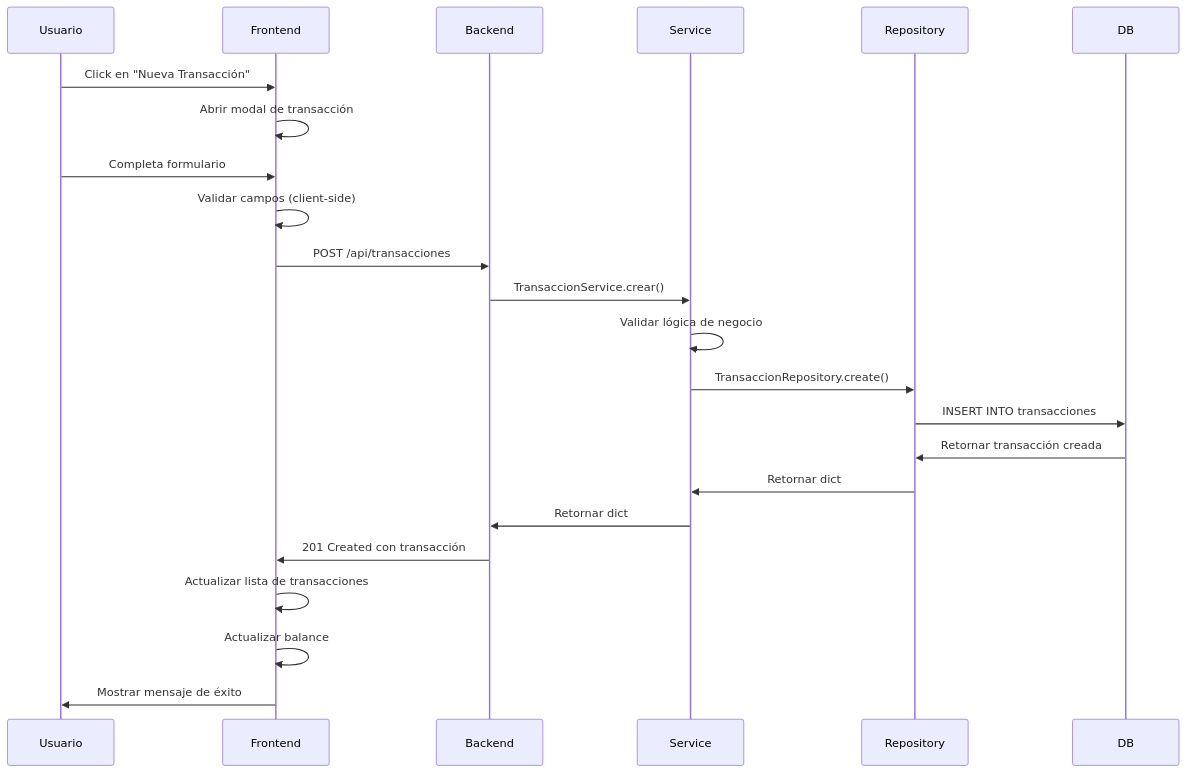
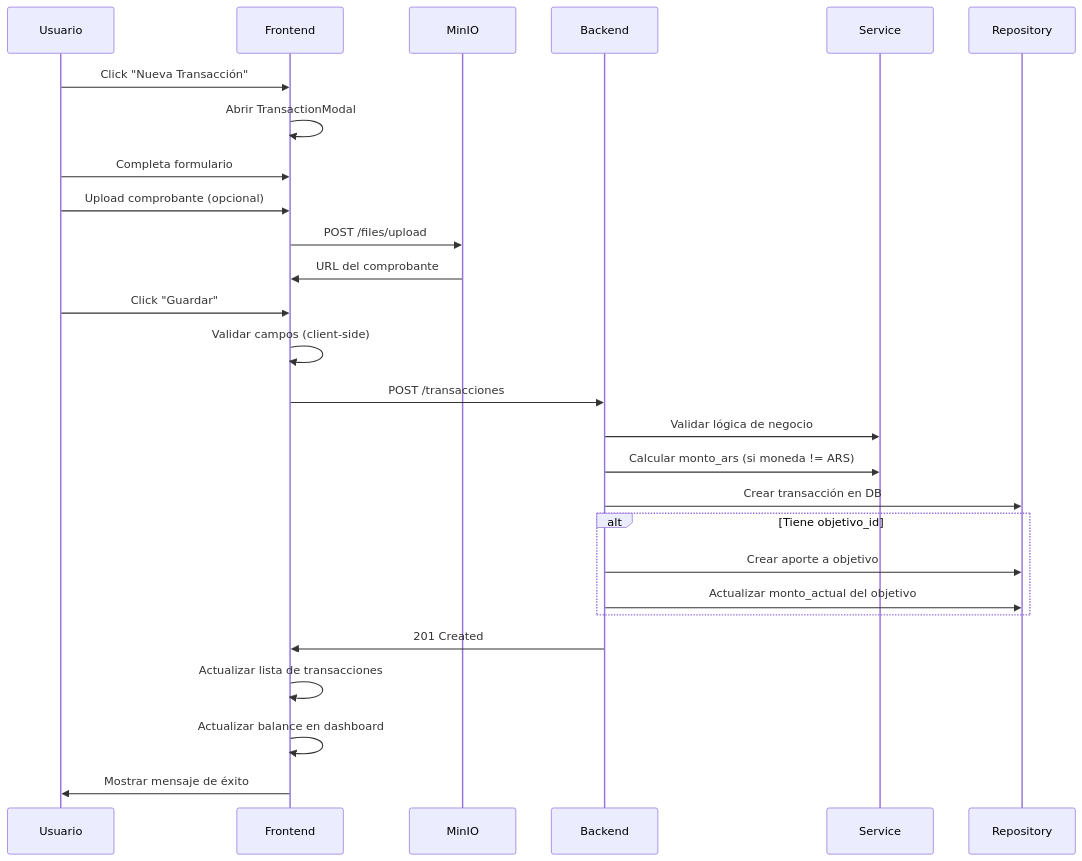
One commit to fer336/finanzas changed the second of 6 diagrams in PRD.md. Above: the diagram before and after it, drawn with Mermaid. The commit also changed other lines of this file and 32 other files, not shown here.

````diff
--- a/PRD.md
+++ b/PRD.md
@@ -770,19 +1682,23 @@
 ```mermaid
 sequenceDiagram
-    Usuario->>Frontend: Click en "Nueva Transacción"
-    Frontend->>Frontend: Abrir modal de transacción
+    Usuario->>Frontend: Click "Nueva Transacción"
+    Frontend->>Frontend: Abrir TransactionModal
     Usuario->>Frontend: Completa formulario
+    Usuario->>Frontend: Upload comprobante (opcional)
+    Frontend->>MinIO: POST /files/upload
+    MinIO->>Frontend: URL del comprobante
+    Usuario->>Frontend: Click "Guardar"
     Frontend->>Frontend: Validar campos (client-side)
-    Frontend->>Backend: POST /api/transacciones
-    Backend->>Service: TransaccionService.crear()
-    Service->>Service: Validar lógica de negocio
-    Service->>Repository: TransaccionRepository.create()
-    Repository->>DB: INSERT INTO transacciones
-    DB->>Repository: Retornar transacción creada
-    Repository->>Service: Retornar dict
-    Service->>Backend: Retornar dict
-    Backend->>Frontend: 201 Created con transacción
+    Frontend->>Backend: POST /transacciones
+    Backend->>Service: Validar lógica de negocio
+    Backend->>Service: Calcular monto_ars (si moneda != ARS)
+    Backend->>Repository: Crear transacción en DB
+    alt Tiene objetivo_id
+        Backend->>Repository: Crear aporte a objetivo
+        Backend->>Repository: Actualizar monto_actual del objetivo
+    end
+    Backend->>Frontend: 201 Created
     Frontend->>Frontend: Actualizar lista de transacciones
-    Frontend->>Frontend: Actualizar balance
+    Frontend->>Frontend: Actualizar balance en dashboard
     Frontend->>Usuario: Mostrar mensaje de éxito
 ```
````
